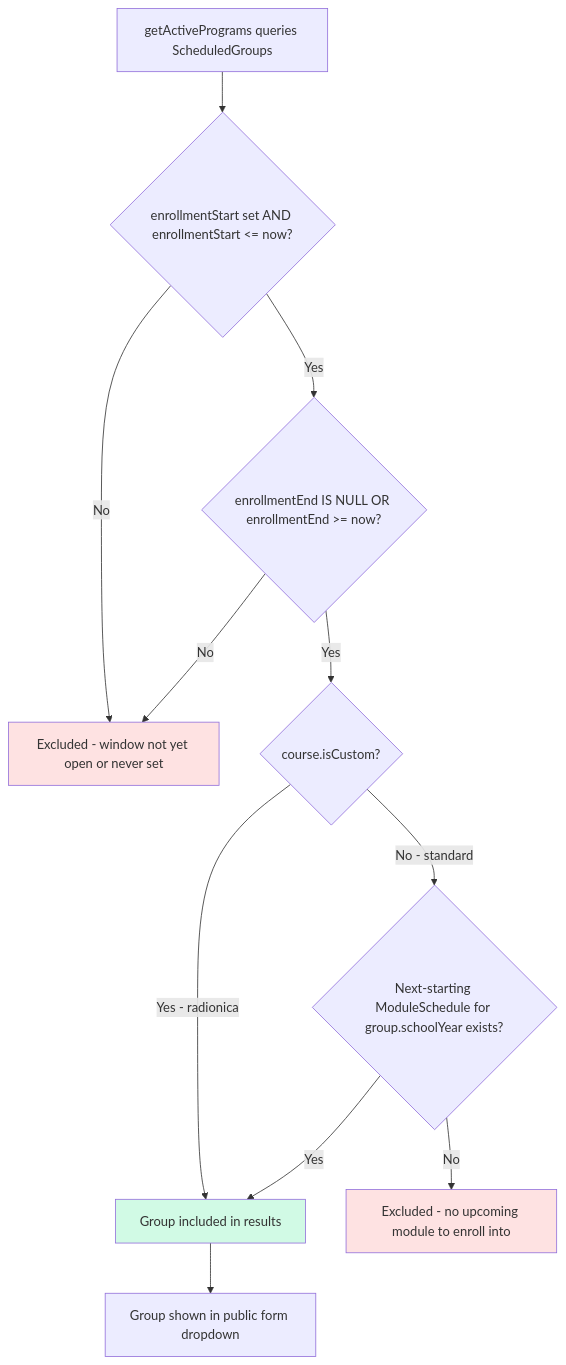
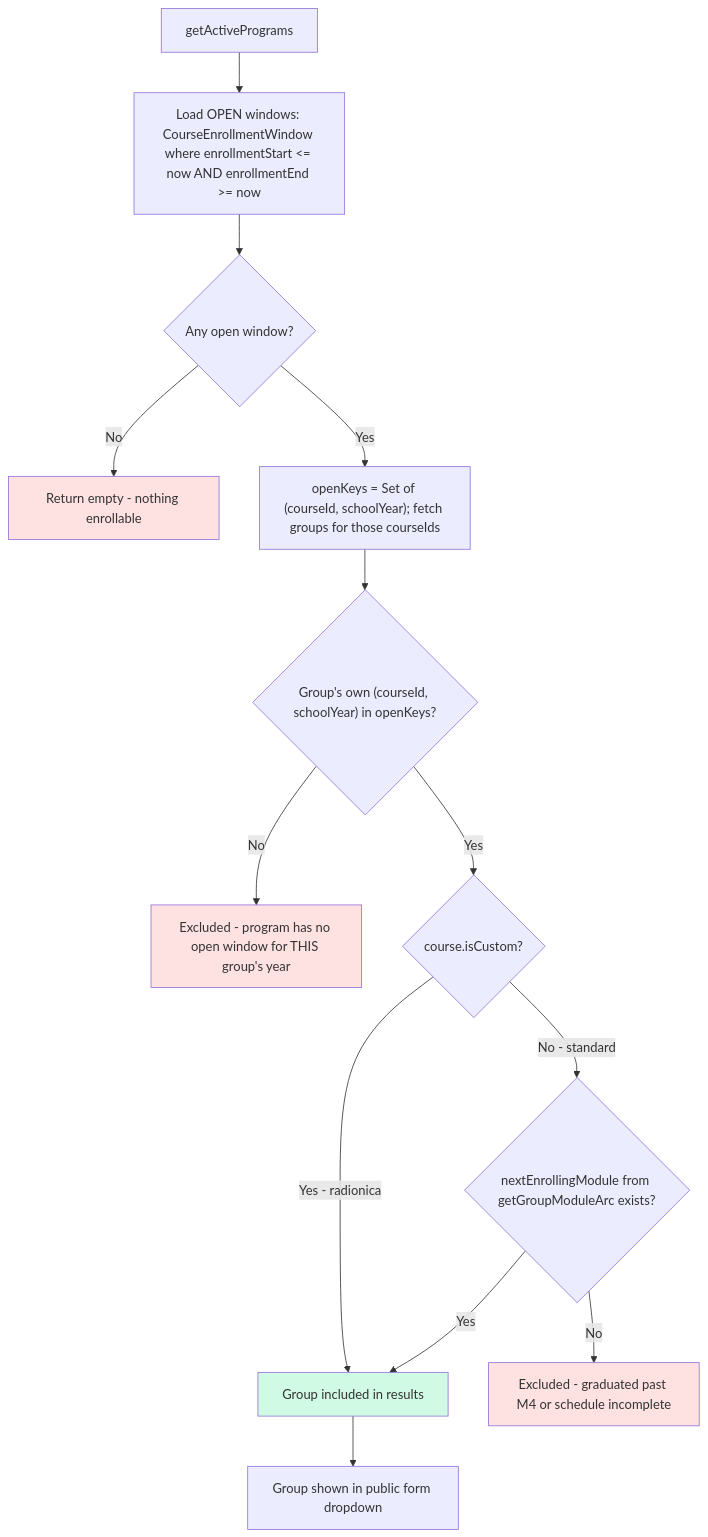
Before and after one commit to jpucic00/inovatic: the ninth of 12 diagrams in docs/diagrams/flowchart.md, drawn with Mermaid. The commit also changed other lines of this file and 2 other files, not shown here.

First line of the commit message:
Update ERD, flowchart, attendance diagrams to match current schema

````diff
--- a/docs/diagrams/flowchart.md
+++ b/docs/diagrams/flowchart.md
@@ -216,21 +220,23 @@
 ```mermaid
 flowchart TD
-    A[getActivePrograms queries ScheduledGroups] --> B{enrollmentStart set AND enrollmentStart <= now?}
-    B -->|No| EXCLUDE[Excluded - window not yet open or never set]
-    B -->|Yes| C{enrollmentEnd IS NULL OR enrollmentEnd >= now?}
-
-    C -->|No| EXCLUDE
+    A[getActivePrograms] --> B["Load OPEN windows: CourseEnrollmentWindow where enrollmentStart &lt;= now AND enrollmentEnd &gt;= now"]
+    B --> B0{Any open window?}
+    B0 -->|No| EMPTY[Return empty - nothing enrollable]
+    B0 -->|Yes| B1["openKeys = Set of (courseId, schoolYear); fetch groups for those courseIds"]
+    B1 --> C{"Group's own (courseId, schoolYear) in openKeys?"}
+    C -->|No| EXCLUDE[Excluded - program has no open window for THIS group's year]
     C -->|Yes| D{course.isCustom?}
 
     D -->|Yes - radionica| INCLUDE[Group included in results]
-    D -->|No - standard| E{Next-starting ModuleSchedule for group.schoolYear exists?}
+    D -->|No - standard| E{"nextEnrollingModule from getGroupModuleArc exists?"}
 
     E -->|Yes| INCLUDE
-    E -->|No| EXCLUDE2[Excluded - no upcoming module to enroll into]
+    E -->|No| EXCLUDE2[Excluded - graduated past M4 or schedule incomplete]
 
     INCLUDE --> I[Group shown in public form dropdown]
 
+    style EMPTY fill:#fee2e2
     style EXCLUDE fill:#fee2e2
     style EXCLUDE2 fill:#fee2e2
     style INCLUDE fill:#d1fae5
 ```
````
